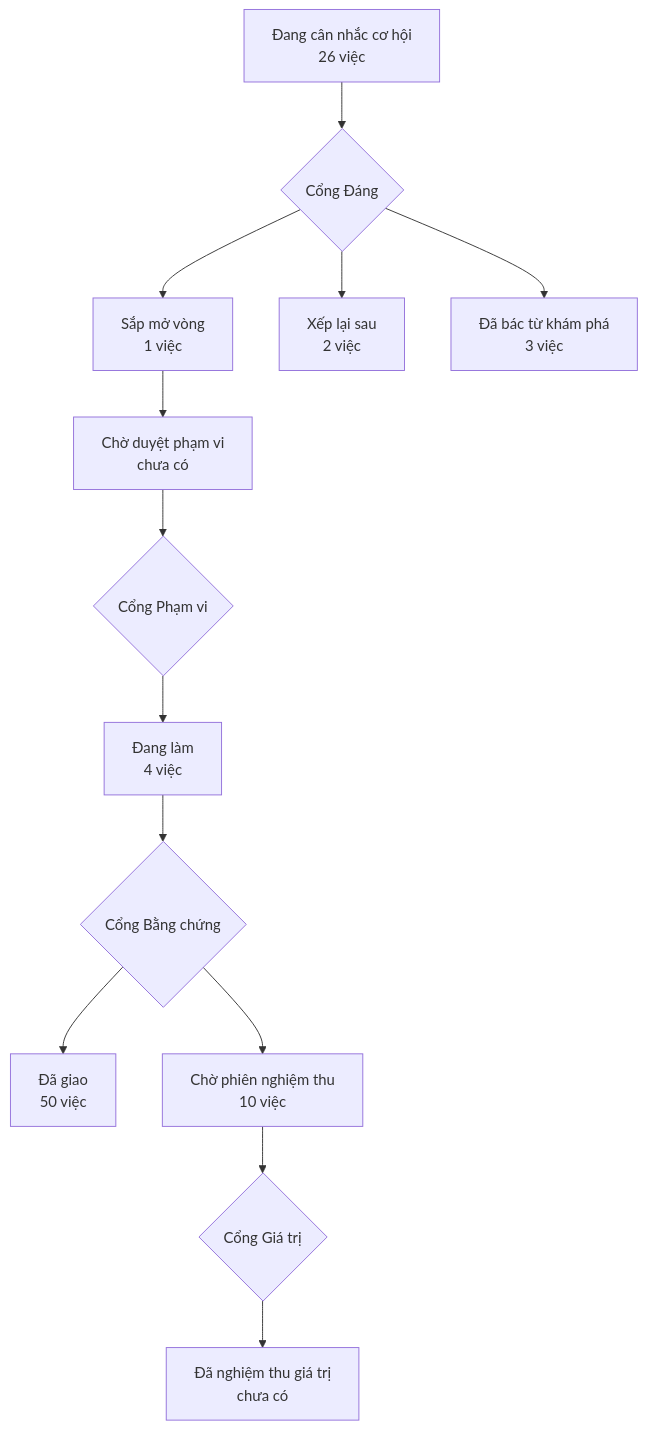
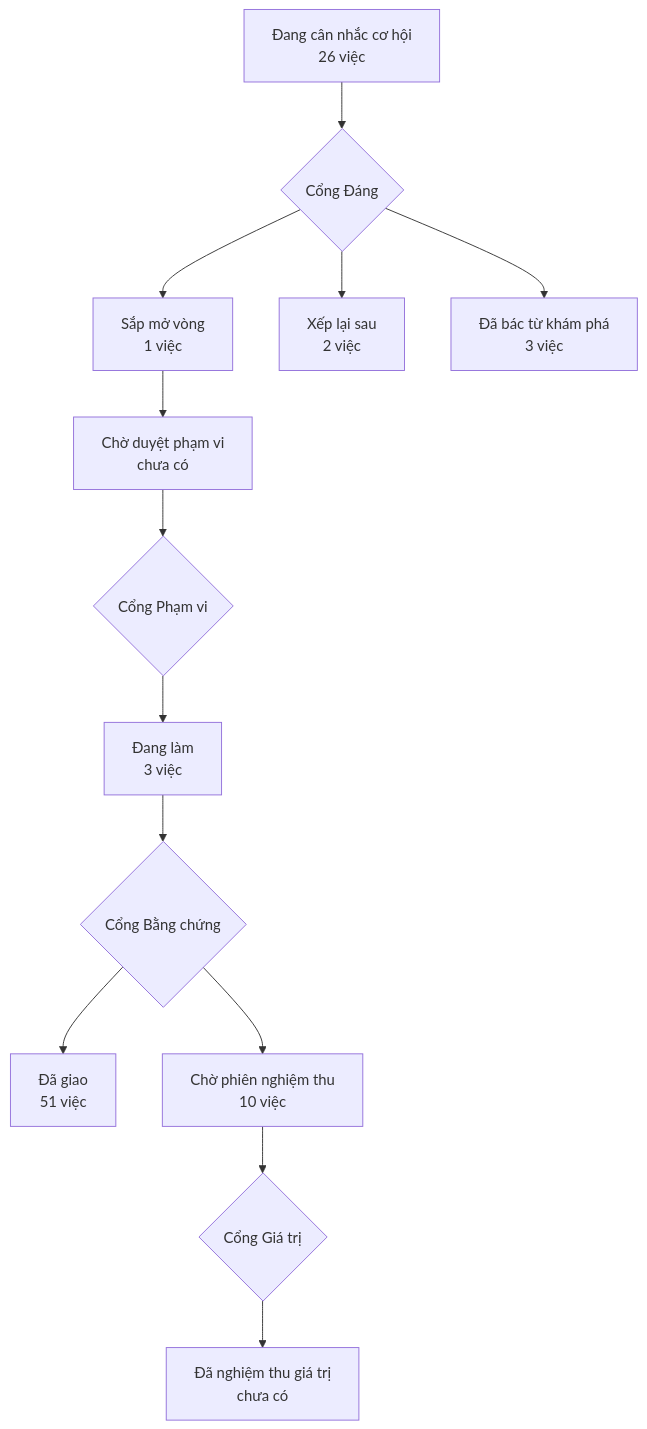
One commit to phanlemanh/acceptance-gate-kit changed the diagram in PRODUCT-MAP.md. Above: the diagram before and after it, drawn with Mermaid. The commit also changed 4 other files, not shown here.

````diff
--- a/PRODUCT-MAP.md
+++ b/PRODUCT-MAP.md
@@ -6,12 +6,12 @@
 ```mermaid
 flowchart TD
   A["Đang cân nhắc cơ hội<br/>26 việc"] --> GD{"Cổng Đáng"}
   GD --> B["Sắp mở vòng<br/>1 việc"]
   GD --> XL["Xếp lại sau<br/>2 việc"]
   GD --> DB["Đã bác từ khám phá<br/>3 việc"]
   B --> CD["Chờ duyệt phạm vi<br/>chưa có"] --> GP{"Cổng Phạm vi"}
-  GP --> DL["Đang làm<br/>4 việc"] --> GB{"Cổng Bằng chứng"}
-  GB --> DG["Đã giao<br/>50 việc"]
+  GP --> DL["Đang làm<br/>3 việc"] --> GB{"Cổng Bằng chứng"}
+  GB --> DG["Đã giao<br/>51 việc"]
   GB --> CN["Chờ phiên nghiệm thu<br/>10 việc"] --> GG{"Cổng Giá trị"}
   GG --> NT["Đã nghiệm thu giá trị<br/>chưa có"]
 ```
````
